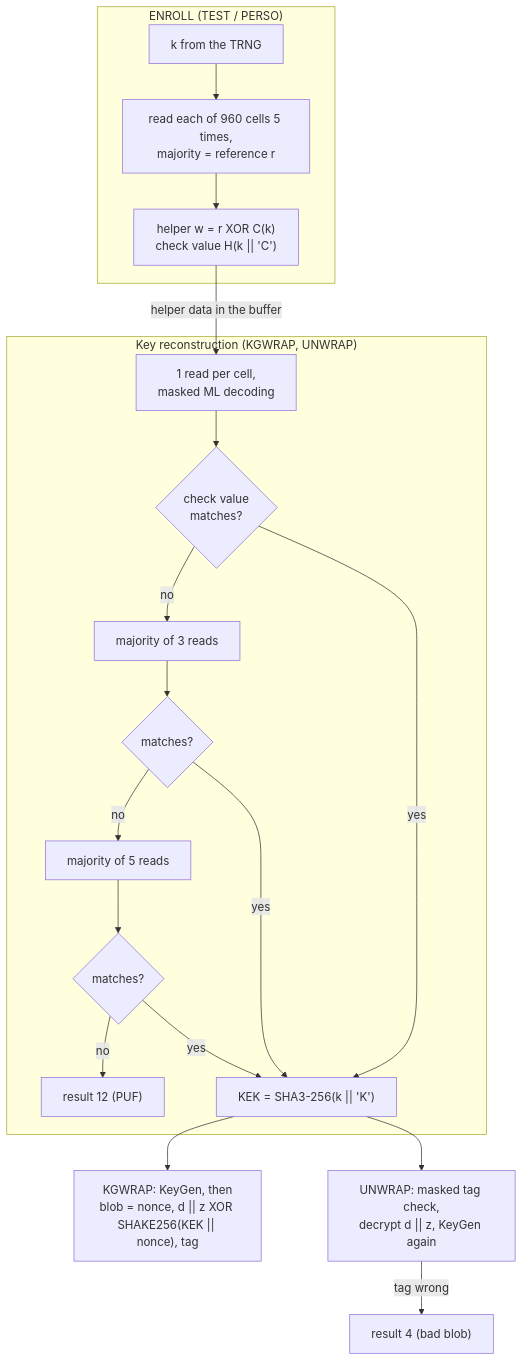
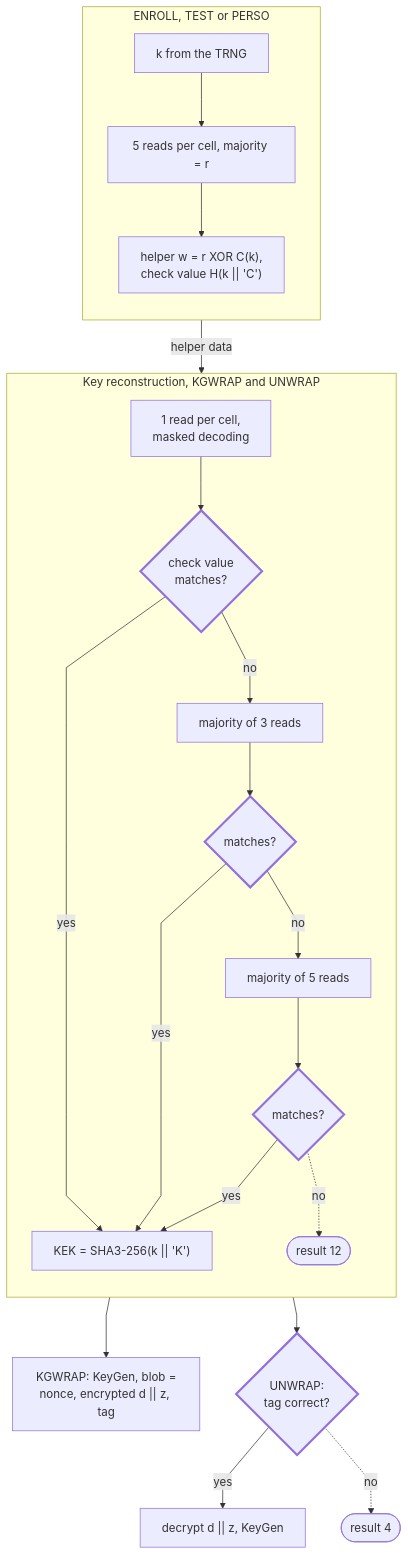
One commit to DH1252/mlkem_hls changed the tenth of 12 diagrams in docs/PQSE_diagrams.md. Above: the diagram before and after it, drawn with Mermaid. The commit also changed other lines of this file, not shown here.

First line of the commit message:
docs: restructure the diagrams, straight edges, plainer text

````diff
--- a/docs/PQSE_diagrams.md
+++ b/docs/PQSE_diagrams.md
@@ -306,20 +339,25 @@
 ```mermaid
-flowchart TD
-    subgraph enroll["ENROLL (TEST / PERSO)"]
-        ek1["k from the TRNG"] --> ek2["read each of 960 cells 5 times,<br/>majority = reference r"]
-        ek2 --> ek3["helper w = r XOR C(k)<br/>check value H(k || 'C')"]
+%%{init: {"flowchart": {"curve": "linear"}}}%%
+flowchart TB
+    subgraph EN["ENROLL, TEST or PERSO"]
+        direction TB
+        e1["k from the TRNG"] --> e2["5 reads per cell, majority = r"] --> e3["helper w = r XOR C(k),<br/>check value H(k || 'C')"]
     end
-    subgraph recon["Key reconstruction (KGWRAP, UNWRAP)"]
-        r1["1 read per cell,<br/>masked ML decoding"] --> c1{"check value<br/>matches?"}
+    subgraph RC["Key reconstruction, KGWRAP and UNWRAP"]
+        direction TB
+        r1["1 read per cell,<br/>masked decoding"] --> c1{"check value<br/>matches?"}
         c1 -->|"no"| r3["majority of 3 reads"] --> c3{"matches?"}
         c3 -->|"no"| r5["majority of 5 reads"] --> c5{"matches?"}
-        c5 -->|"no"| puferr["result 12 (PUF)"]
         c1 -->|"yes"| kek["KEK = SHA3-256(k || 'K')"]
         c3 -->|"yes"| kek
         c5 -->|"yes"| kek
+        c5 -.->|"no"| pe(["result 12"])
     end
-    ek3 -->|"helper data in the buffer"| r1
-    kek --> kgw["KGWRAP: KeyGen, then<br/>blob = nonce, d || z XOR SHAKE256(KEK || nonce), tag"]
-    kek --> unw["UNWRAP: masked tag check,<br/>decrypt d || z, KeyGen again"]
-    unw -->|"tag wrong"| bad["result 4 (bad blob)"]
+    e3 -->|"helper data"| r1
+    kek --> kgw["KGWRAP: KeyGen, blob =<br/>nonce, encrypted d || z, tag"]
+    kek --> unw{"UNWRAP:<br/>tag correct?"}
+    unw -->|"yes"| kg["decrypt d || z, KeyGen"]
+    unw -.->|"no"| be(["result 4"])
+    classDef check stroke-width:3px
+    class c1,c3,c5,unw check
 ```
````
